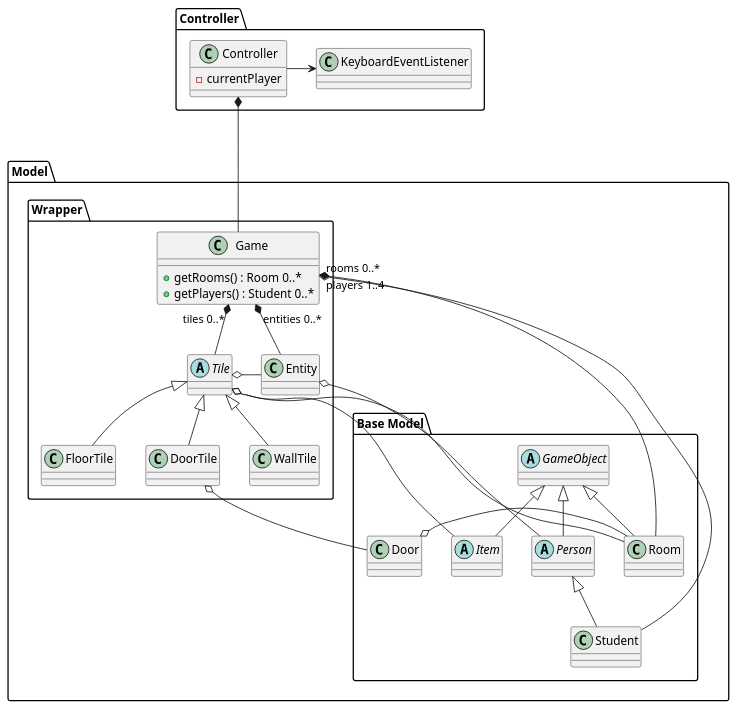
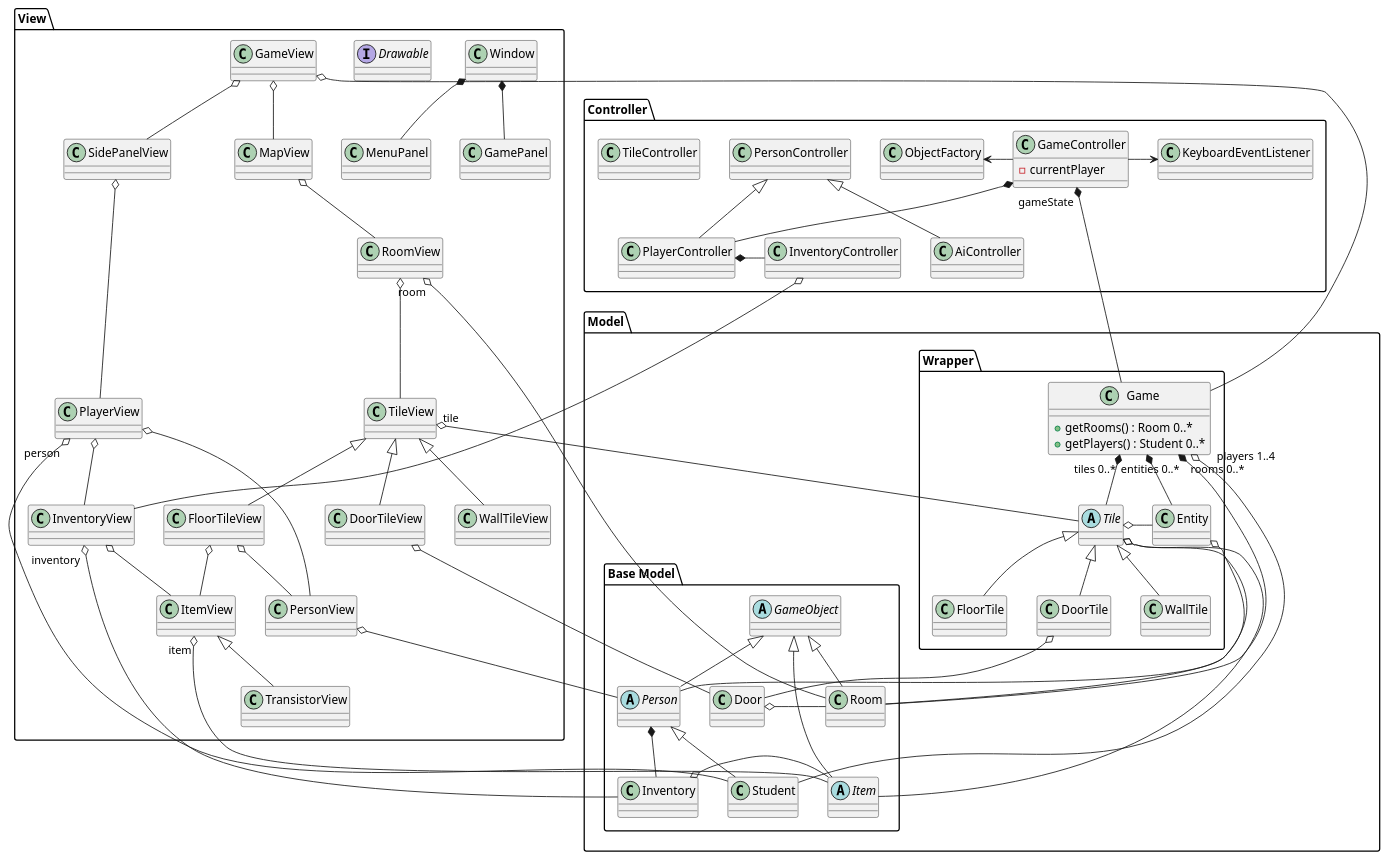
The diagram in docs/diagrams/class/tile-wrapping.puml (sn4k3ch4rm3r/logarlec), drawn with PlantUML before and after one commit. The commit also changed 3 other files, not shown here.

Commit message:
Sequence diagrams for object creation, rendering, and some interactions

```diff
--- a/docs/diagrams/class/tile-wrapping.puml
+++ b/docs/diagrams/class/tile-wrapping.puml
@@ -1,63 +1,129 @@
 @startuml tile-wrapping
 
 package Model {
     package "Base Model" {
         abstract GameObject
         class Room
         abstract Person
         abstract Item
         class Door
+        class Inventory
 
         GameObject <|-- Room
         GameObject <|-- Person
         GameObject <|-- Item
 
         Door o- Room
-
+        Person *-- Inventory
+        Inventory o- Item
         Person <|-- Student
     }
 
     package "Wrapper" {
         class Game {
             + getRooms() : Room 0..*
             + getPlayers() : Student 0..*
         }
         abstract Tile
         class FloorTile
         class DoorTile
         class WallTile
 
         class Entity
 
         Tile <|-- FloorTile
         Tile <|-- DoorTile
         Tile <|-- WallTile
 
         Entity o-- Person
         Tile o-- Item
         Tile o- Entity
 
         Game "tiles 0..*" *-- Tile
         Game "entities 0..*" *-- Entity
     }
 
     Tile o-- Room
     DoorTile o-- Door
 
     Game "rooms 0..*" *-- Room
     Game "players 1..4" o-- Student
 }
 
 package Controller {
-    class Controller {
+    class GameController {
         - currentPlayer
-
     }
     class KeyboardEventListener
+    class PersonController
+    class PlayerController
+    class AiController
+    class InventoryController
+    class TileController
 
-    Controller -> KeyboardEventListener
+    PersonController <|-- PlayerController
+    PersonController <|-- AiController
 
-    Controller *--- Game
+    GameController -> KeyboardEventListener
+    ObjectFactory <- GameController
+    GameController *-- PlayerController
+    PlayerController *- InventoryController
+
 }
 
+package View {
+    class Window
+    class MenuPanel
+    class GamePanel
+
+    Window *-- MenuPanel
+    Window *-- GamePanel
+
+    interface Drawable
+    ' Everything ending in View should implement
+    ' Drawable, but it's already chaotic enough
+    class GameView
+    class MapView
+    class SidePanelView
+    class RoomView
+    class TileView
+    class FloorTileView
+    class WallTileView
+    class DoorTileView
+    class PlayerView
+    class InventoryView
+    class ItemView
+    class TransistorView
+
+    ItemView <|-- TransistorView
+    TileView <|-- FloorTileView
+    TileView <|-- WallTileView
+    TileView <|-- DoorTileView
+
+    InventoryView o-- ItemView
+    GameView o-- SidePanelView
+    SidePanelView o-- PlayerView
+    GameView o-- MapView
+    MapView o-- RoomView
+    RoomView o-- TileView
+    FloorTileView o-- PersonView
+    FloorTileView o-- ItemView
+    PlayerView o-- InventoryView
+    PlayerView o-- PersonView
+}
+
+GameController "gameState" *--- Game
+' GameController "objectViews 0..*" *--- Drawable
+
+GameView o-- Game
+
+PlayerView "person" o-- Student
+InventoryController o--- InventoryView
+InventoryView "inventory" o-- Inventory
+ItemView "item" o-- Item
+RoomView "room" o-- Room
+TileView "tile" o-- Tile
+DoorTileView o-- Door
+PersonView o-- Person
+
 @enduml
```
